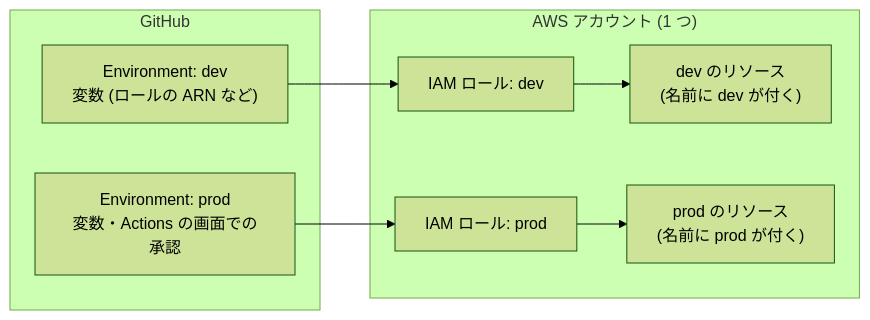
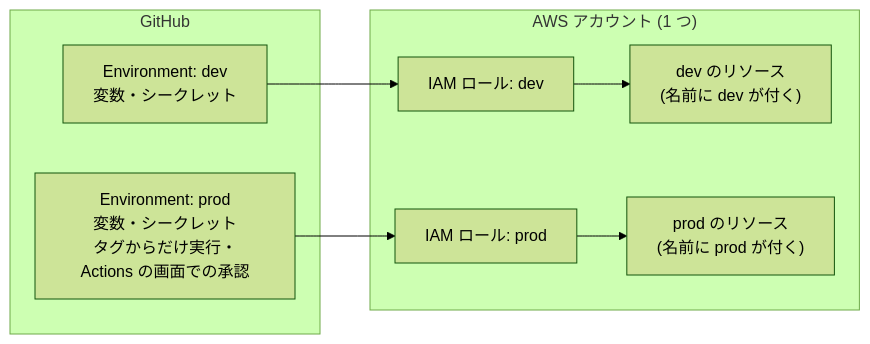
Before and after one commit to Inouey1008/family-video: the second of 3 diagrams in docs/architecture.md, drawn with Mermaid (forest theme). The commit also changed other lines of this file and 5 other files, not shown here.

````diff
--- a/docs/architecture.md
+++ b/docs/architecture.md
@@ -61,15 +61,15 @@
 ```mermaid
 flowchart LR
   subgraph GH["GitHub"]
-    ED["Environment: dev<br/>変数 (ロールの ARN など)"]
-    EP["Environment: prod<br/>変数・Actions の画面での承認"]
+    ED["Environment: dev<br/>変数・シークレット"]
+    EP["Environment: prod<br/>変数・シークレット<br/>タグからだけ実行・Actions の画面での承認"]
   end
   subgraph AWS["AWS アカウント (1 つ)"]
     RD["IAM ロール: dev"]
     RP["IAM ロール: prod"]
     D["dev のリソース<br/>(名前に dev が付く)"]
     P["prod のリソース<br/>(名前に prod が付く)"]
   end
   ED --> RD --> D
   EP --> RP --> P
 ```
````
